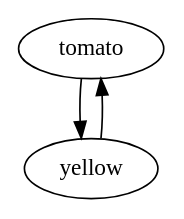
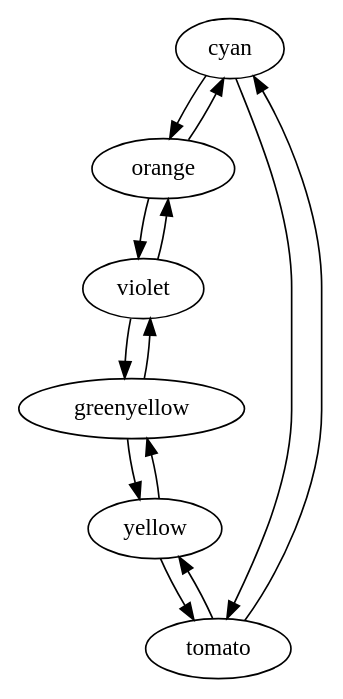
One commit to drom/stackdrom changed the diagram in src/graph2stack/dot/map.dot. Above: the diagram before and after it, drawn with Graphviz. The commit also changed 31 other files, not shown here.

```diff
--- a/src/graph2stack/dot/map.dot
+++ b/src/graph2stack/dot/map.dot
@@ -1,11 +1,25 @@
 digraph g
 {
 
   /* list of nodes */
+  "cyan";
+  "greenyellow";
+  "orange";
   "tomato";
+  "violet";
   "yellow";
 
   /* list of edges */
+  "cyan" -> "orange";
+  "cyan" -> "tomato";
+  "greenyellow" -> "violet";
+  "greenyellow" -> "yellow";
+  "orange" -> "cyan";
+  "orange" -> "violet";
+  "tomato" -> "cyan";
   "tomato" -> "yellow";
+  "violet" -> "greenyellow";
+  "violet" -> "orange";
+  "yellow" -> "greenyellow";
   "yellow" -> "tomato";
 }
```
